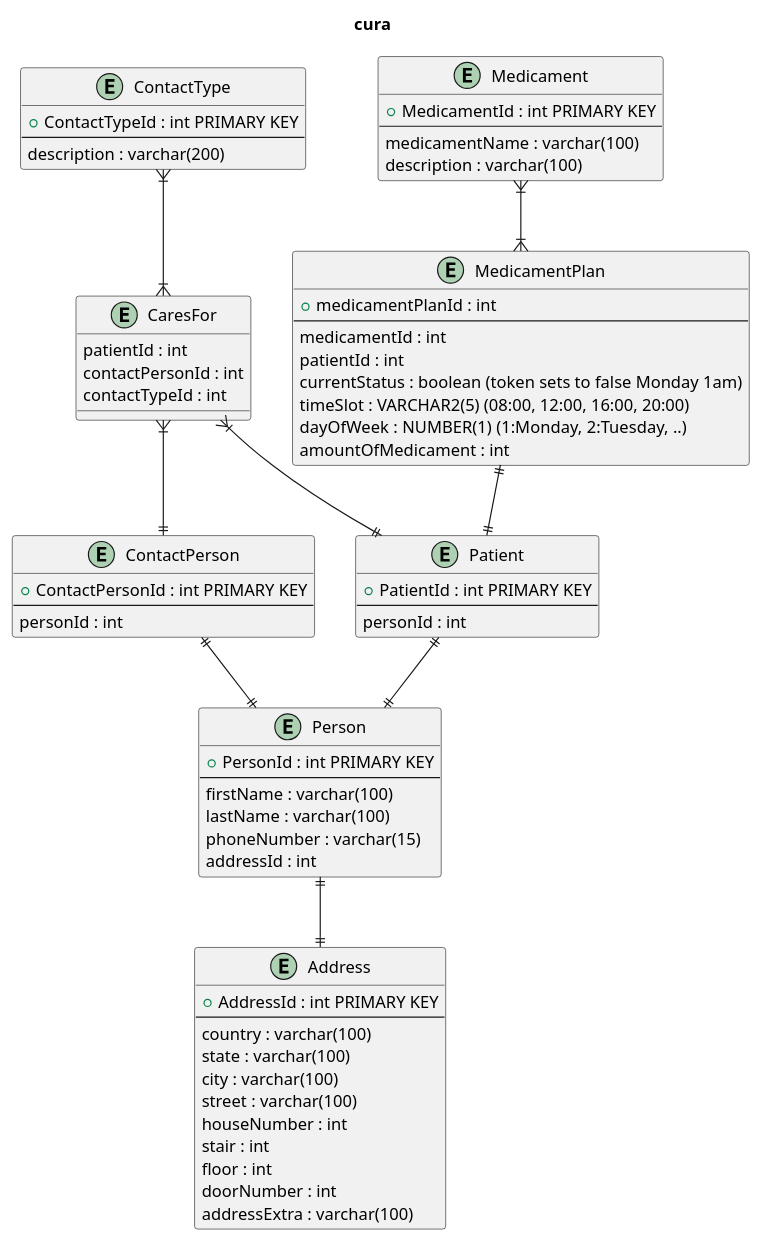
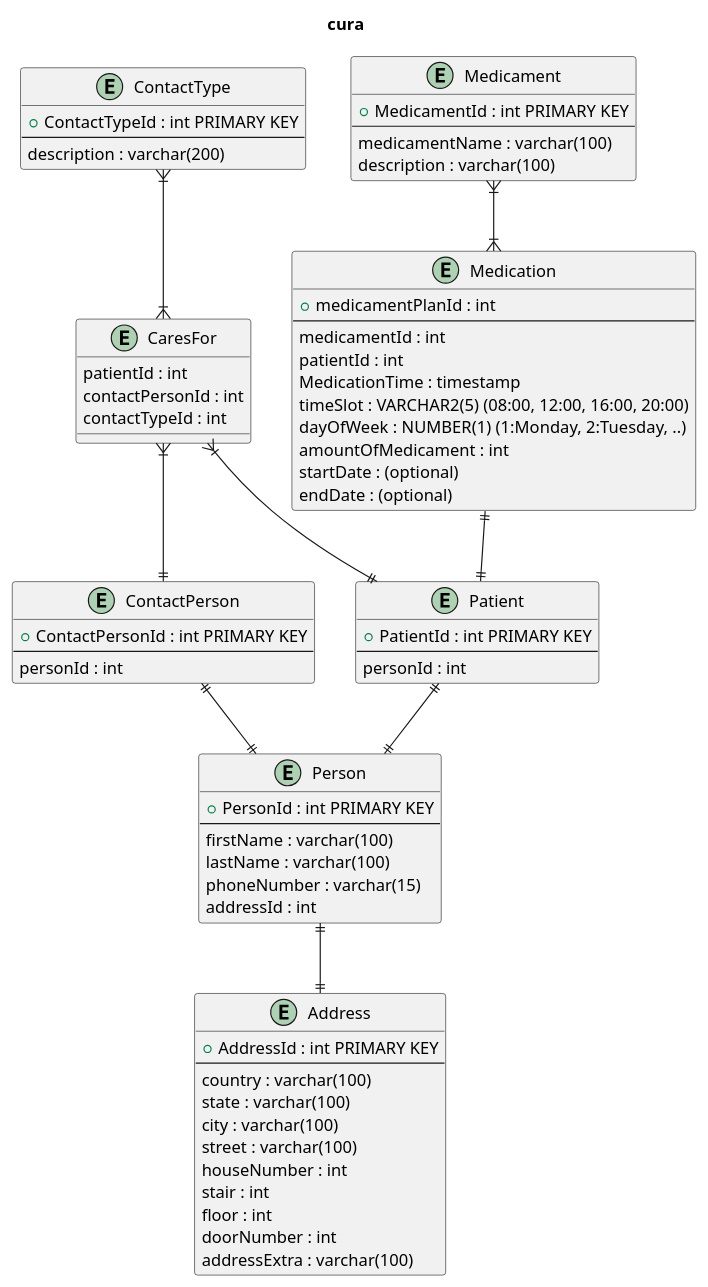
Before and after one commit to 2425-4chif-syp/01-projekte-2025-4chif-syp-cura: the diagram in docs/erd.puml, drawn with PlantUML. The commit also changed 7 other files, not shown here.

Commit message:
added erd improved by herr prof. Palitsch-Infanger

```diff
--- a/docs/erd.puml
+++ b/docs/erd.puml
@@ -1,78 +1,80 @@
 @startuml cura
 title cura
 
 entity "Person" as person {
     +PersonId : int PRIMARY KEY
     --
     firstName : varchar(100)
     lastName : varchar(100)
     phoneNumber : varchar(15)
     addressId : int
 }
 
 entity "Patient" as patient {
     +PatientId : int PRIMARY KEY
     --
     personId : int
 }
 
 entity "ContactPerson" as contactPerson{
     +ContactPersonId : int PRIMARY KEY
     --
     personId : int
 }
 
 entity "CaresFor" as caresFor{
     patientId : int
     contactPersonId : int
     contactTypeId : int
 }
 
 entity "ContactType" as contactType{
     +ContactTypeId : int PRIMARY KEY
     --
     description : varchar(200)
 }
 
 entity "Address" as location{
     +AddressId : int PRIMARY KEY
     --
     country : varchar(100)
     state : varchar(100)
     city : varchar(100)
     street : varchar(100)
     houseNumber : int
     stair : int
     floor : int
     doorNumber : int
     addressExtra : varchar(100)
 }
 
 entity "Medicament" as medicament{
     +MedicamentId : int PRIMARY KEY
     --
     medicamentName : varchar(100)
     description : varchar(100)
 }
 
-entity "MedicamentPlan" as plan{
+entity "Medication" as plan{
     +medicamentPlanId : int
     --
     medicamentId : int
     patientId : int
-    currentStatus : boolean (token sets to false Monday 1am)
+    MedicationTime : timestamp
     timeSlot : VARCHAR2(5) (08:00, 12:00, 16:00, 20:00)
     dayOfWeek : NUMBER(1) (1:Monday, 2:Tuesday, ..)
     amountOfMedicament : int
+    startDate : (optional)
+    endDate : (optional)
 }
 
 caresFor }|--|| contactPerson
 caresFor }|--|| patient
 contactPerson ||--|| person
 patient ||--|| person
 plan ||--|| patient
 medicament }|--|{ plan
 person ||--|| location
 contactType }|--|{ caresFor
 
 @enduml
```
